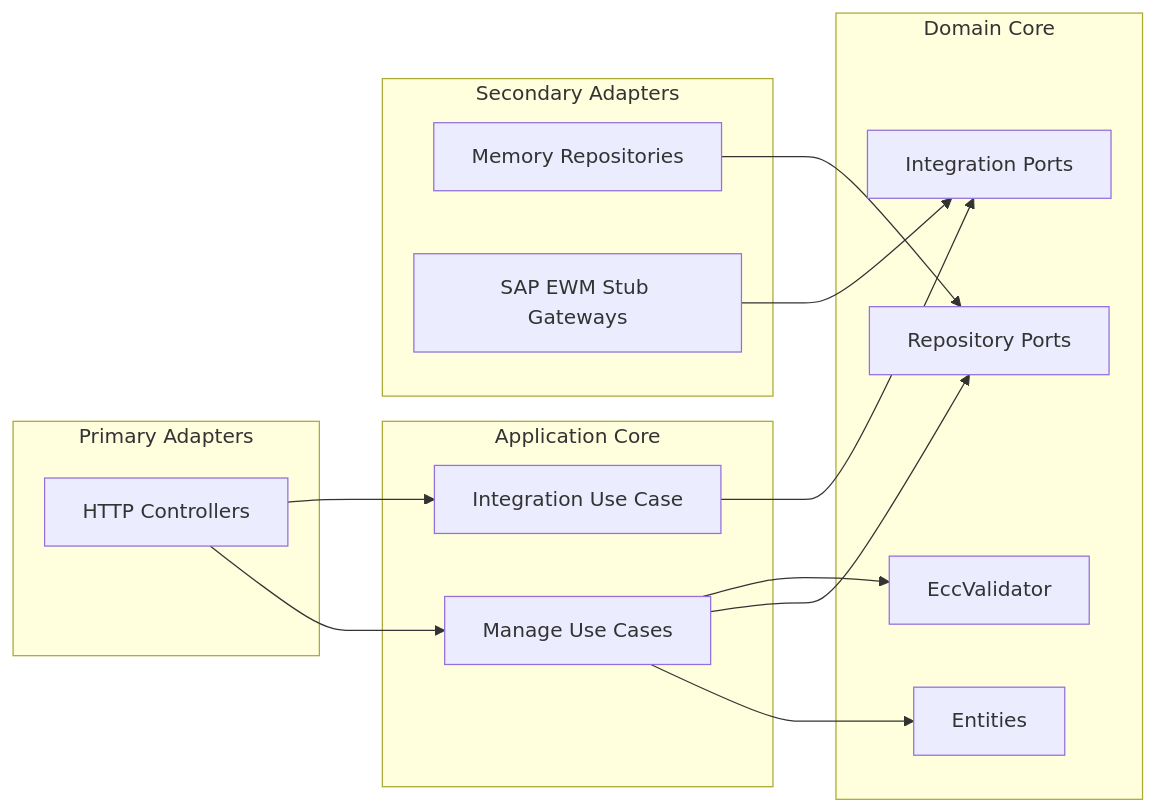
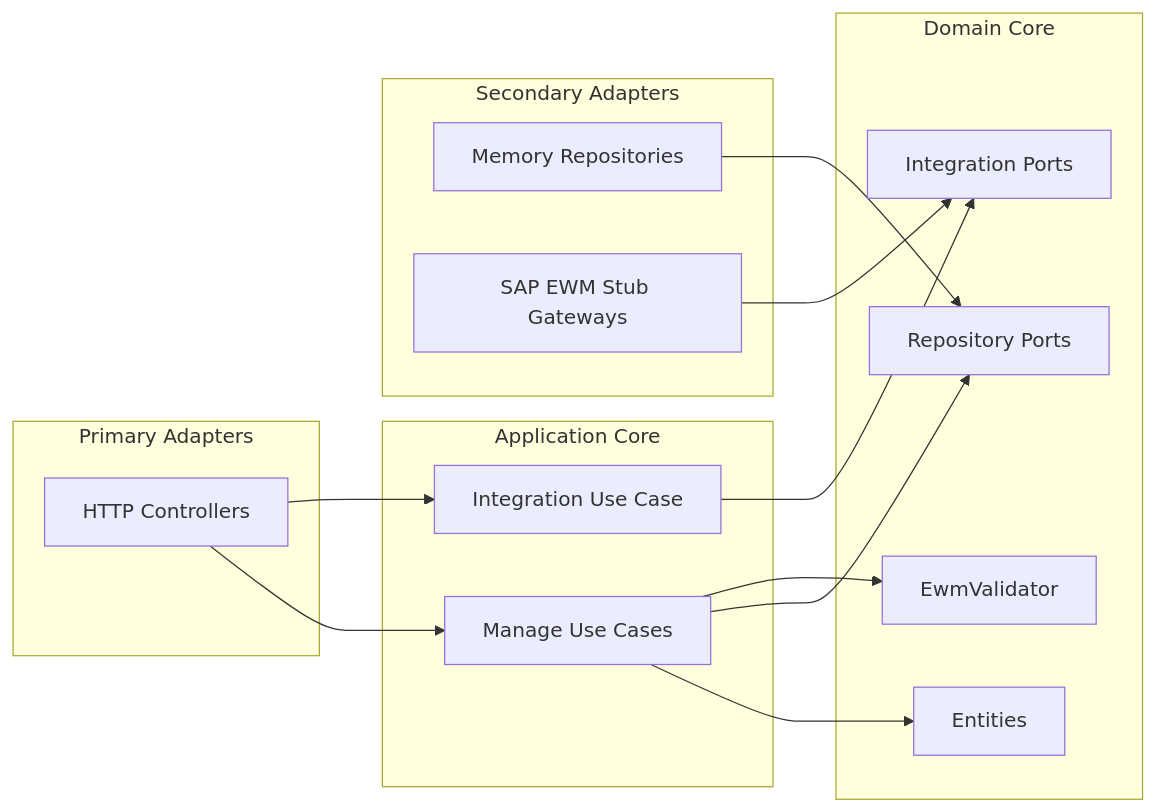
The second of 2 diagrams in ewm/UML.md (UIMSolutions/uim-software), drawn with Mermaid before and after one commit. The commit also changed other lines of this file and 13 other files, not shown here.

````diff
--- a/ewm/UML.md
+++ b/ewm/UML.md
@@ -115,32 +113,32 @@
 ```mermaid
 graph LR
     subgraph A[Primary Adapters]
         HC[HTTP Controllers]
     end
 
     subgraph B[Application Core]
         MU[Manage Use Cases]
         IU[Integration Use Case]
     end
 
     subgraph C[Domain Core]
         EN[Entities]
         RP[Repository Ports]
         IP[Integration Ports]
-        VL[EccValidator]
+        VL[EwmValidator]
     end
 
     subgraph D[Secondary Adapters]
         MR[Memory Repositories]
         SG[SAP EWM Stub Gateways]
     end
 
     HC --> MU
     HC --> IU
     MU --> EN
     MU --> RP
     IU --> IP
     MU --> VL
     MR --> RP
     SG --> IP
 ```
````
